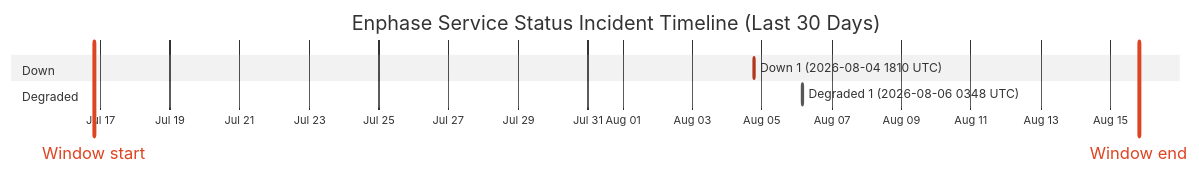
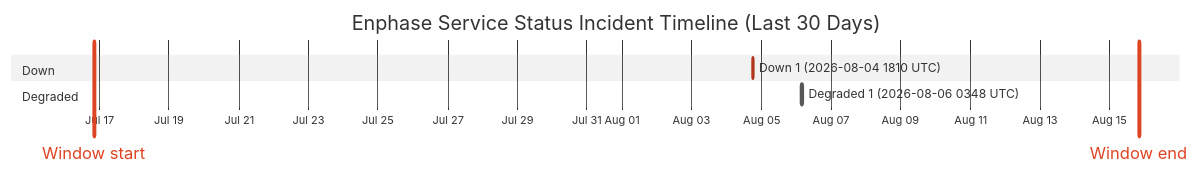
One commit to barneyonline/ha-enphase-energy changed the diagram in wiki/Service-Status-History.md. Above: the diagram before and after it, drawn with Mermaid (neutral theme). The commit also changed other lines of this file and 3 other files, not shown here.

````diff
--- a/wiki/Service-Status-History.md
+++ b/wiki/Service-Status-History.md
@@ -14,12 +14,12 @@
 ```mermaid
 gantt
     title Enphase Service Status Incident Timeline (Last 30 Days)
     dateFormat  YYYY-MM-DDTHH:mm:ss
     axisFormat  %b %d
-    Window start :vert, window-start, 2026-07-16T19:44:37, 0ms
-    Window end :vert, window-end, 2026-08-15T19:44:37, 0ms
+    Window start :vert, window-start, 2026-07-16T20:19:41, 0ms
+    Window end :vert, window-end, 2026-08-15T20:19:41, 0ms
     section Down
     Down 1 (2026-08-04 1810 UTC) :crit, down-1, 2026-08-04T18:10:46, 60m
     section Degraded
     Degraded 1 (2026-08-06 0348 UTC) :active, degraded-1, 2026-08-06T03:48:14, 60m
 ```
````
